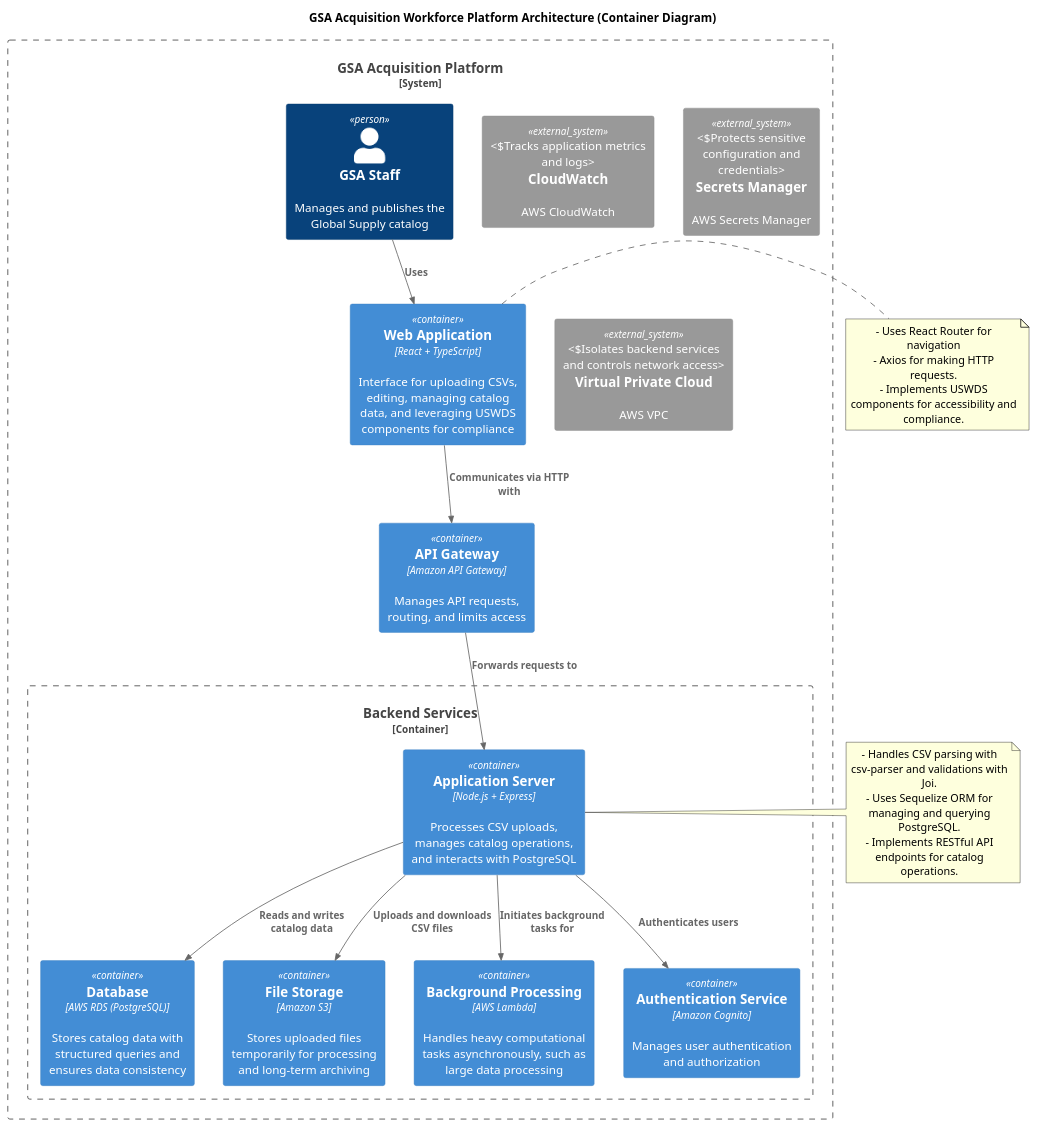
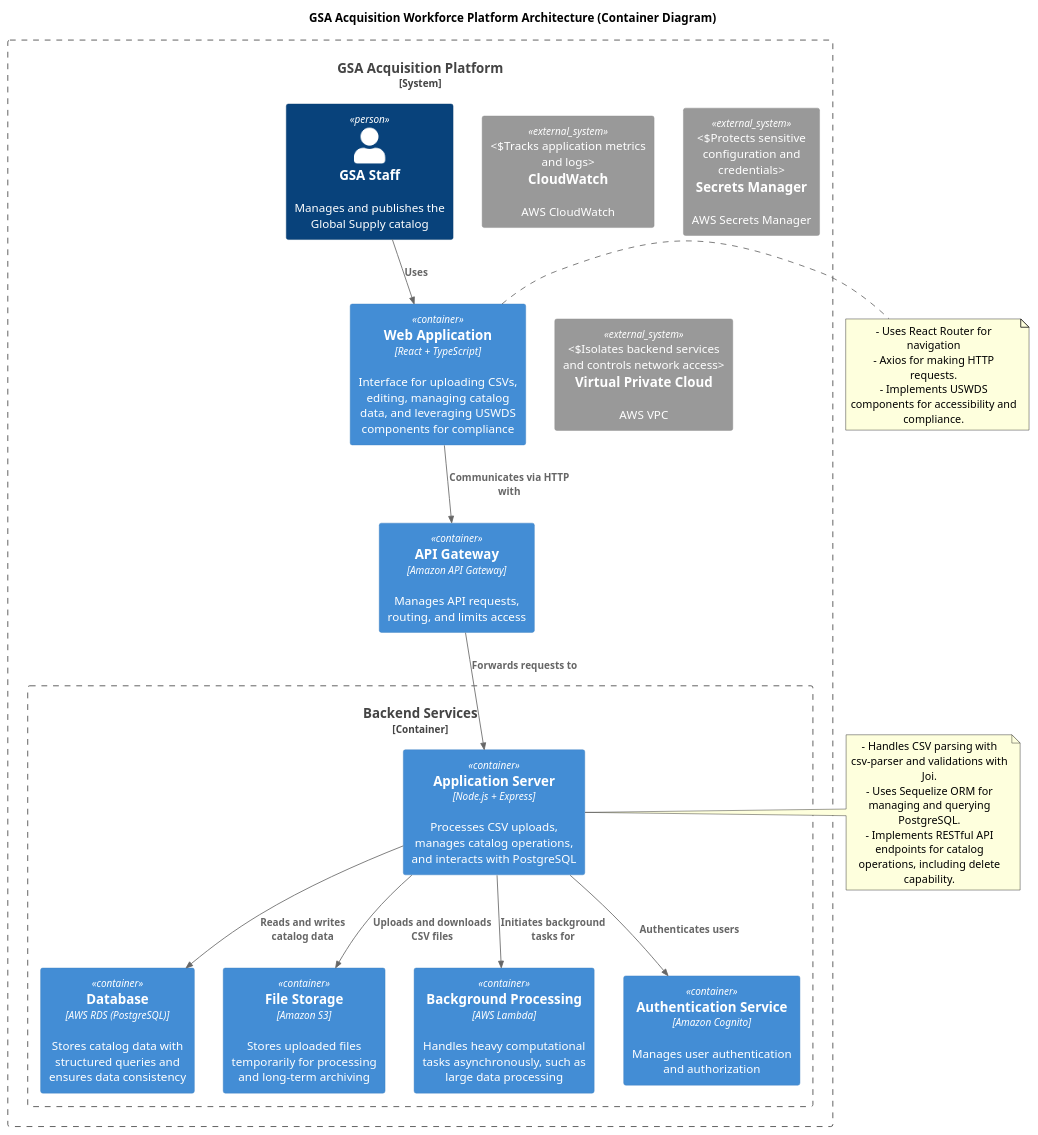
The diagram in solution.md (AathreyaG/reactai-starter), drawn with PlantUML before and after one commit. The commit also changed other lines of this file, not shown here.

```diff
--- a/solution.md
+++ b/solution.md
@@ -3,53 +3,53 @@
 @startuml
 !includeurl https://raw.githubusercontent.com/plantuml-stdlib/C4-PlantUML/master/C4_Container.puml
 
 title GSA Acquisition Workforce Platform Architecture (Container Diagram)
 
 System_Boundary(SD_Boundary, "GSA Acquisition Platform") {
     ' Clients
     Person(user, "GSA Staff", "Manages and publishes the Global Supply catalog")
 
     ' Frontend
     Container(webApp, "Web Application", "React + TypeScript", "Interface for uploading CSVs, editing, managing catalog data, and leveraging USWDS components for compliance")
 
     ' API Gateway
     Container(apiGateway, "API Gateway", "Amazon API Gateway", "Manages API requests, routing, and limits access")
 
     ' Core Backend Services
     Container_Boundary(Backend, "Backend Services") {
         Container(appServer, "Application Server", "Node.js + Express", "Processes CSV uploads, manages catalog operations, and interacts with PostgreSQL")
         Container(database, "Database", "AWS RDS (PostgreSQL)", "Stores catalog data with structured queries and ensures data consistency")
         Container(fileStorage, "File Storage", "Amazon S3", "Stores uploaded files temporarily for processing and long-term archiving")
         Container(backgroundProcessing, "Background Processing", "AWS Lambda", "Handles heavy computational tasks asynchronously, such as large data processing")
         Container(authService, "Authentication Service", "Amazon Cognito", "Manages user authentication and authorization")
     }
 
     ' Monitoring and Security Services
     System_Ext(cloudwatch, "CloudWatch", "AWS CloudWatch", "Tracks application metrics and logs")
     System_Ext(secretsManager, "Secrets Manager", "AWS Secrets Manager", "Protects sensitive configuration and credentials")
     System_Ext(vpc, "Virtual Private Cloud", "AWS VPC", "Isolates backend services and controls network access")
 
     ' Relationships and Flows
     Rel(user, webApp, "Uses")
     Rel(webApp, apiGateway, "Communicates via HTTP with")
     Rel(apiGateway, appServer, "Forwards requests to")
     Rel(appServer, database, "Reads and writes catalog data")
     Rel(appServer, fileStorage, "Uploads and downloads CSV files")
     Rel(appServer, backgroundProcessing, "Initiates background tasks for")
     Rel(appServer, authService, "Authenticates users")
 }
 
 ' Notes for additional context
 note right of webApp
 - Uses React Router for navigation
 - Axios for making HTTP requests.
 - Implements USWDS components for accessibility and compliance.
 end note
 
 note right of appServer
 - Handles CSV parsing with csv-parser and validations with Joi.
 - Uses Sequelize ORM for managing and querying PostgreSQL.
-- Implements RESTful API endpoints for catalog operations.
+- Implements RESTful API endpoints for catalog operations, including delete capability.
 end note
 
 @enduml
```
